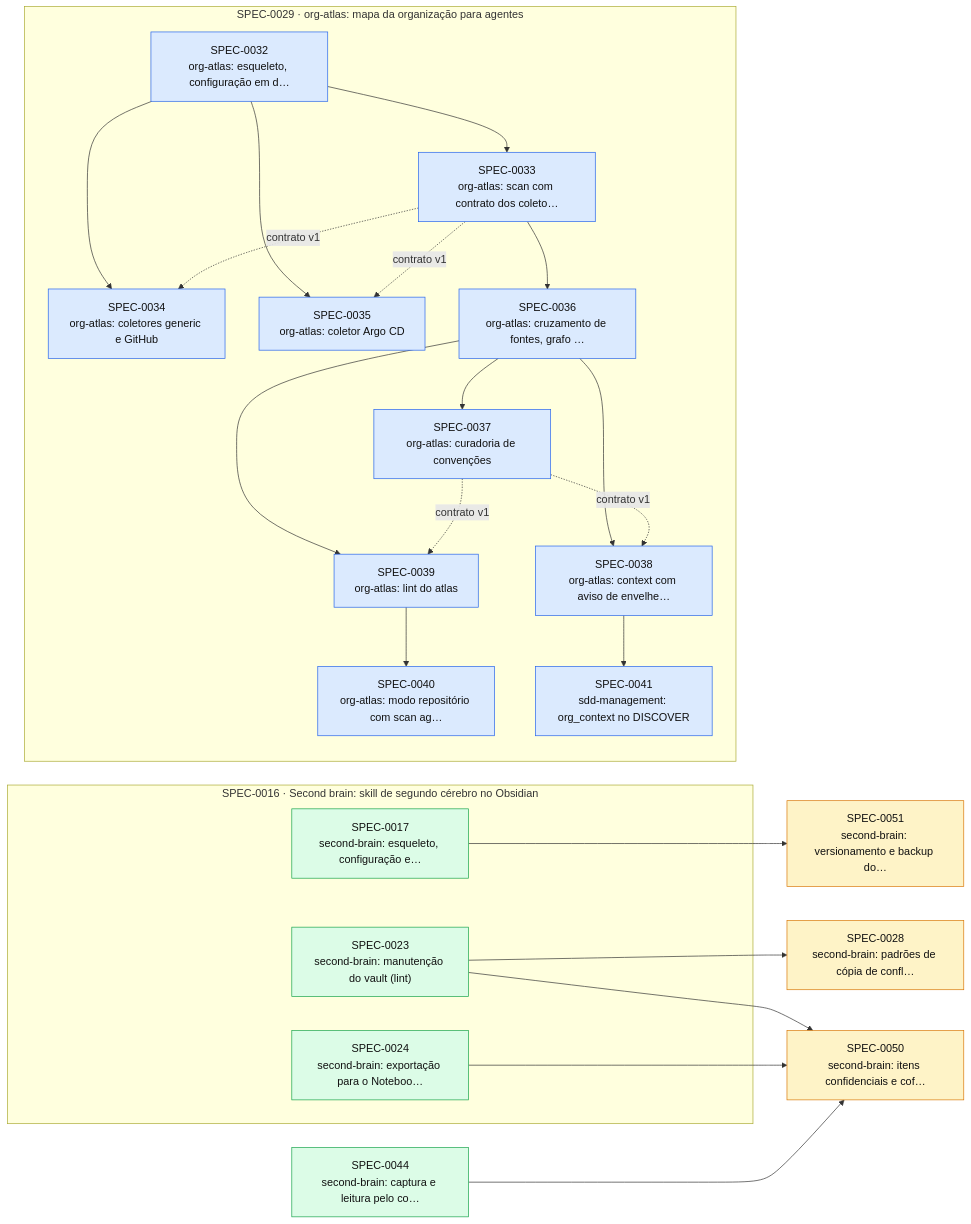
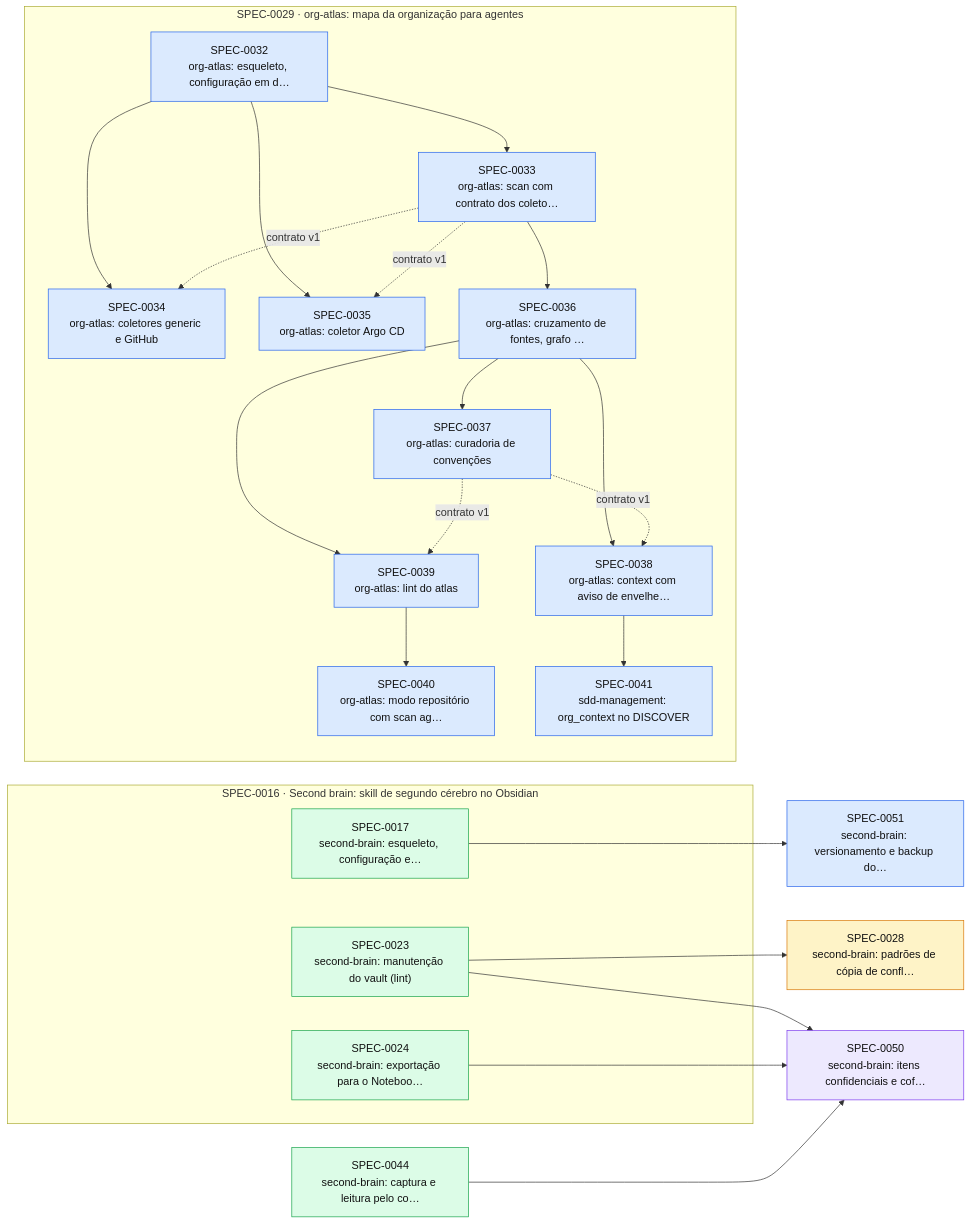
The diagram in docs/specs/INDEX.md (thomasravache/ai-dev-brain), drawn with Mermaid before and after one commit. The commit also changed other lines of this file and 4 other files, not shown here.

````diff
--- a/docs/specs/INDEX.md
+++ b/docs/specs/INDEX.md
@@ -60,47 +60,47 @@
 ```mermaid
 flowchart LR
   S0028["SPEC-0028<br/>second-brain: padrões de cópia de confl…"]:::proposed
   S0044["SPEC-0044<br/>second-brain: captura e leitura pelo co…"]:::implemented
-  S0050["SPEC-0050<br/>second-brain: itens confidenciais e cof…"]:::proposed
-  S0051["SPEC-0051<br/>second-brain: versionamento e backup do…"]:::proposed
+  S0050["SPEC-0050<br/>second-brain: itens confidenciais e cof…"]:::inprogress
+  S0051["SPEC-0051<br/>second-brain: versionamento e backup do…"]:::approved
   subgraph E0016["SPEC-0016 · Second brain: skill de segundo cérebro no Obsidian"]
     S0017["SPEC-0017<br/>second-brain: esqueleto, configuração e…"]:::implemented
     S0023["SPEC-0023<br/>second-brain: manutenção do vault (lint)"]:::implemented
     S0024["SPEC-0024<br/>second-brain: exportação para o Noteboo…"]:::implemented
   end
   subgraph E0029["SPEC-0029 · org-atlas: mapa da organização para agentes"]
     S0032["SPEC-0032<br/>org-atlas: esqueleto, configuração em d…"]:::approved
     S0033["SPEC-0033<br/>org-atlas: scan com contrato dos coleto…"]:::approved
     S0034["SPEC-0034<br/>org-atlas: coletores generic e GitHub"]:::approved
     S0035["SPEC-0035<br/>org-atlas: coletor Argo CD"]:::approved
     S0036["SPEC-0036<br/>org-atlas: cruzamento de fontes, grafo …"]:::approved
     S0037["SPEC-0037<br/>org-atlas: curadoria de convenções"]:::approved
     S0038["SPEC-0038<br/>org-atlas: context com aviso de envelhe…"]:::approved
     S0039["SPEC-0039<br/>org-atlas: lint do atlas"]:::approved
     S0040["SPEC-0040<br/>org-atlas: modo repositório com scan ag…"]:::approved
     S0041["SPEC-0041<br/>sdd-management: org_context no DISCOVER"]:::approved
   end
   S0023 --> S0028
   S0032 --> S0033
   S0032 --> S0034
   S0033 -. contrato v1 .-> S0034
   S0032 --> S0035
   S0033 -. contrato v1 .-> S0035
   S0033 --> S0036
   S0036 --> S0037
   S0036 --> S0038
   S0037 -. contrato v1 .-> S0038
   S0036 --> S0039
   S0037 -. contrato v1 .-> S0039
   S0039 --> S0040
   S0038 --> S0041
   S0023 --> S0050
   S0024 --> S0050
   S0044 --> S0050
   S0017 --> S0051
   classDef proposed fill:#fef3c7,stroke:#d97706,color:#111
   classDef approved fill:#dbeafe,stroke:#2563eb,color:#111
   classDef inprogress fill:#ede9fe,stroke:#7c3aed,color:#111
   classDef implemented fill:#dcfce7,stroke:#16a34a,color:#111
   classDef deprecated fill:#f3f4f6,stroke:#9ca3af,color:#6b7280
 ```
````
